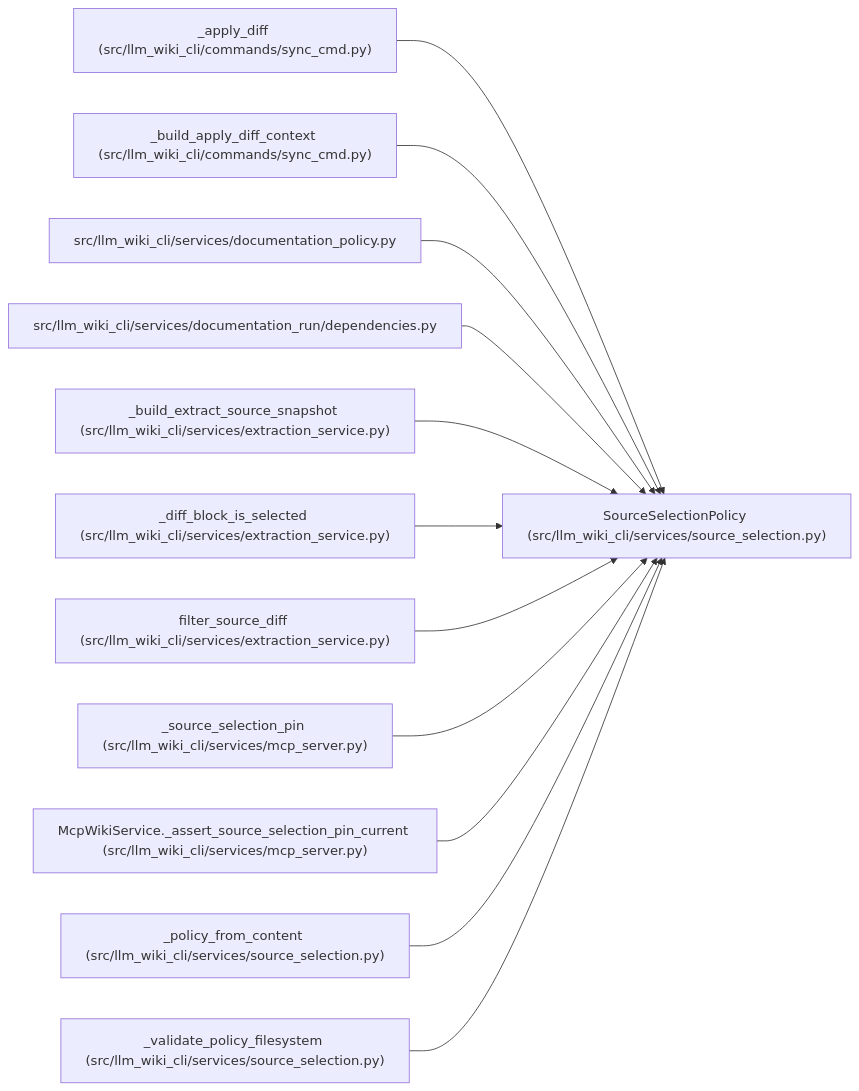
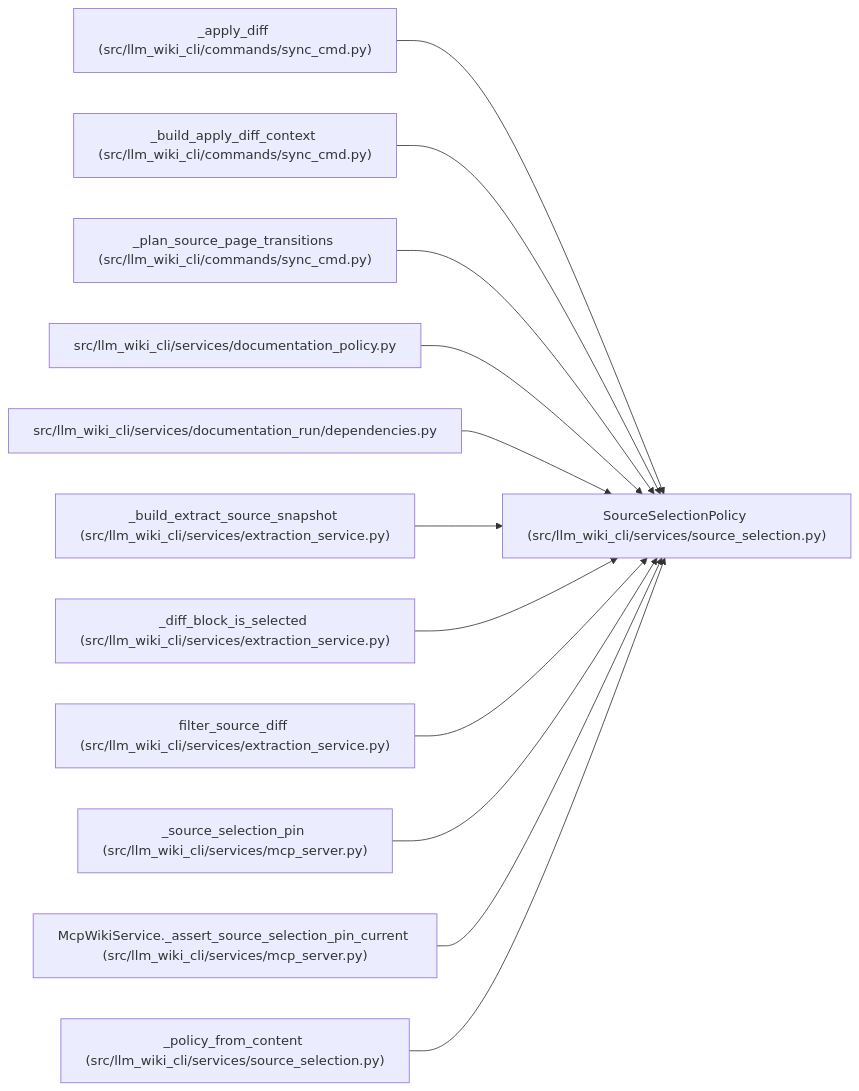
One commit to Denissvgn/python-wiki-llm changed the diagram in docs/llm_wiki/entities/SourceSelectionPolicy.md. Above: the diagram before and after it, drawn with Mermaid. The commit also changed other lines of this file and 490 other files, not shown here.

First line of the commit message:
Prepare v2.3.2: preserve sync page ownership and repair missing pages (#42)

````diff
--- a/docs/llm_wiki/entities/SourceSelectionPolicy.md
+++ b/docs/llm_wiki/entities/SourceSelectionPolicy.md
@@ -37,38 +37,38 @@
 ```mermaid
 flowchart LR
     n0["SourceSelectionPolicy (src/llm_wiki_cli/services/source_selection.py)"]
     n1["_apply_diff (src/llm_wiki_cli/commands/sync_cmd.py)"]
     n2["_build_apply_diff_context (src/llm_wiki_cli/commands/sync_cmd.py)"]
-    n3["src/llm_wiki_cli/services/documentation_policy.py"]
-    n4["src/llm_wiki_cli/services/documentation_run/dependencies.py"]
-    n5["_build_extract_source_snapshot (src/llm_wiki_cli/services/extraction_service.py)"]
-    n6["_diff_block_is_selected (src/llm_wiki_cli/services/extraction_service.py)"]
-    n7["filter_source_diff (src/llm_wiki_cli/services/extraction_service.py)"]
-    n8["_source_selection_pin (src/llm_wiki_cli/services/mcp_server.py)"]
-    n9["McpWikiService._assert_source_selection_pin_current (src/llm_wiki_cli/services/mcp_server.py)"]
-    n10["_policy_from_content (src/llm_wiki_cli/services/source_selection.py)"]
-    n11["_validate_policy_filesystem (src/llm_wiki_cli/services/source_selection.py)"]
+    n3["_plan_source_page_transitions (src/llm_wiki_cli/commands/sync_cmd.py)"]
+    n4["src/llm_wiki_cli/services/documentation_policy.py"]
+    n5["src/llm_wiki_cli/services/documentation_run/dependencies.py"]
+    n6["_build_extract_source_snapshot (src/llm_wiki_cli/services/extraction_service.py)"]
+    n7["_diff_block_is_selected (src/llm_wiki_cli/services/extraction_service.py)"]
+    n8["filter_source_diff (src/llm_wiki_cli/services/extraction_service.py)"]
+    n9["_source_selection_pin (src/llm_wiki_cli/services/mcp_server.py)"]
+    n10["McpWikiService._assert_source_selection_pin_current (src/llm_wiki_cli/services/mcp_server.py)"]
+    n11["_policy_from_content (src/llm_wiki_cli/services/source_selection.py)"]
     n1 --> n0
     n2 --> n0
     n3 --> n0
     n4 --> n0
     n5 --> n0
     n6 --> n0
     n7 --> n0
     n8 --> n0
     n9 --> n0
     n10 --> n0
     n11 --> n0
     click n0 "../modules/source_selection.md"
     click n1 "../modules/sync_cmd.md"
     click n2 "../modules/sync_cmd.md"
-    click n3 "../modules/documentation_policy.md"
-    click n4 "../modules/documentation_run_dependencies.md"
-    click n5 "../modules/extraction_service.md"
+    click n3 "../modules/sync_cmd.md"
+    click n4 "../modules/documentation_policy.md"
+    click n5 "../modules/documentation_run_dependencies.md"
     click n6 "../modules/extraction_service.md"
     click n7 "../modules/extraction_service.md"
-    click n8 "../modules/mcp_server.md"
+    click n8 "../modules/extraction_service.md"
     click n9 "../modules/mcp_server.md"
-    click n10 "../modules/source_selection.md"
+    click n10 "../modules/mcp_server.md"
     click n11 "../modules/source_selection.md"
 ```
````
